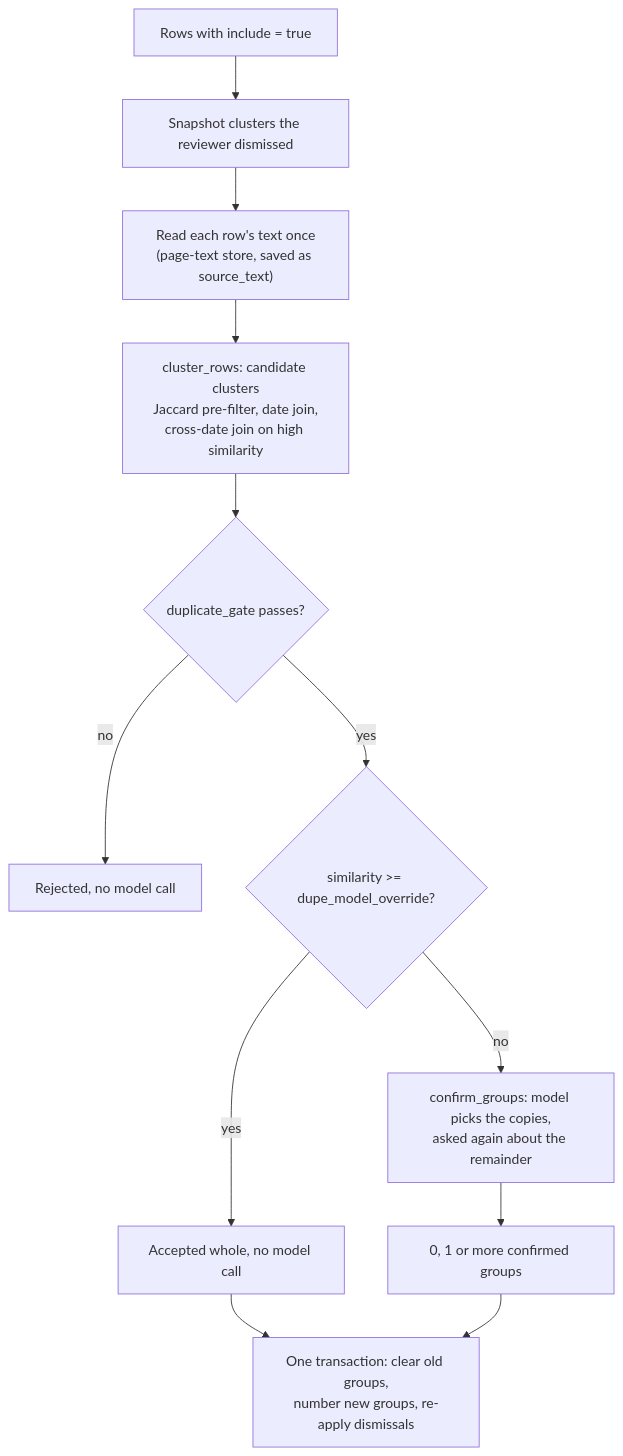
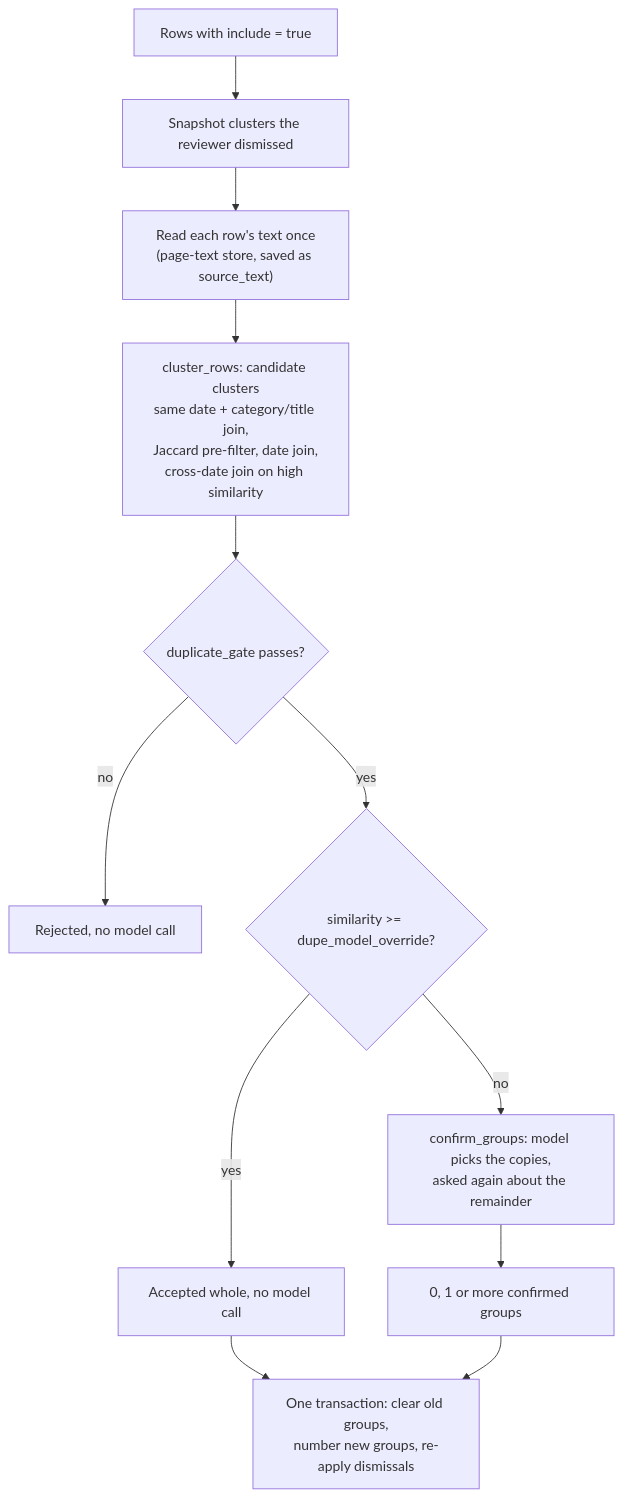
Before and after one commit to gesco-healthcare-support/ai-medical-record-review: the first of 2 diagrams in docs/explanation/duplicate-detection.md, drawn with Mermaid. The commit also changed other lines of this file and 3 other files, not shown here.

````diff
--- a/docs/explanation/duplicate-detection.md
+++ b/docs/explanation/duplicate-detection.md
@@ -45,14 +45,14 @@
 ```mermaid
 flowchart TD
     A["Rows with include = true"] --> B["Snapshot clusters the reviewer dismissed"]
     B --> C["Read each row's text once<br/>(page-text store, saved as source_text)"]
-    C --> D["cluster_rows: candidate clusters<br/>Jaccard pre-filter, date join,<br/>cross-date join on high similarity"]
+    C --> D["cluster_rows: candidate clusters<br/>same date + category/title join,<br/>Jaccard pre-filter, date join,<br/>cross-date join on high similarity"]
     D --> E{"duplicate_gate passes?"}
     E -->|no| X["Rejected, no model call"]
     E -->|yes| F{"similarity >= dupe_model_override?"}
     F -->|yes| G["Accepted whole, no model call"]
     F -->|no| H["confirm_groups: model picks the copies,<br/>asked again about the remainder"]
     H --> I["0, 1 or more confirmed groups"]
     G --> J["One transaction: clear old groups,<br/>number new groups, re-apply dismissals"]
     I --> J
 ```
````
